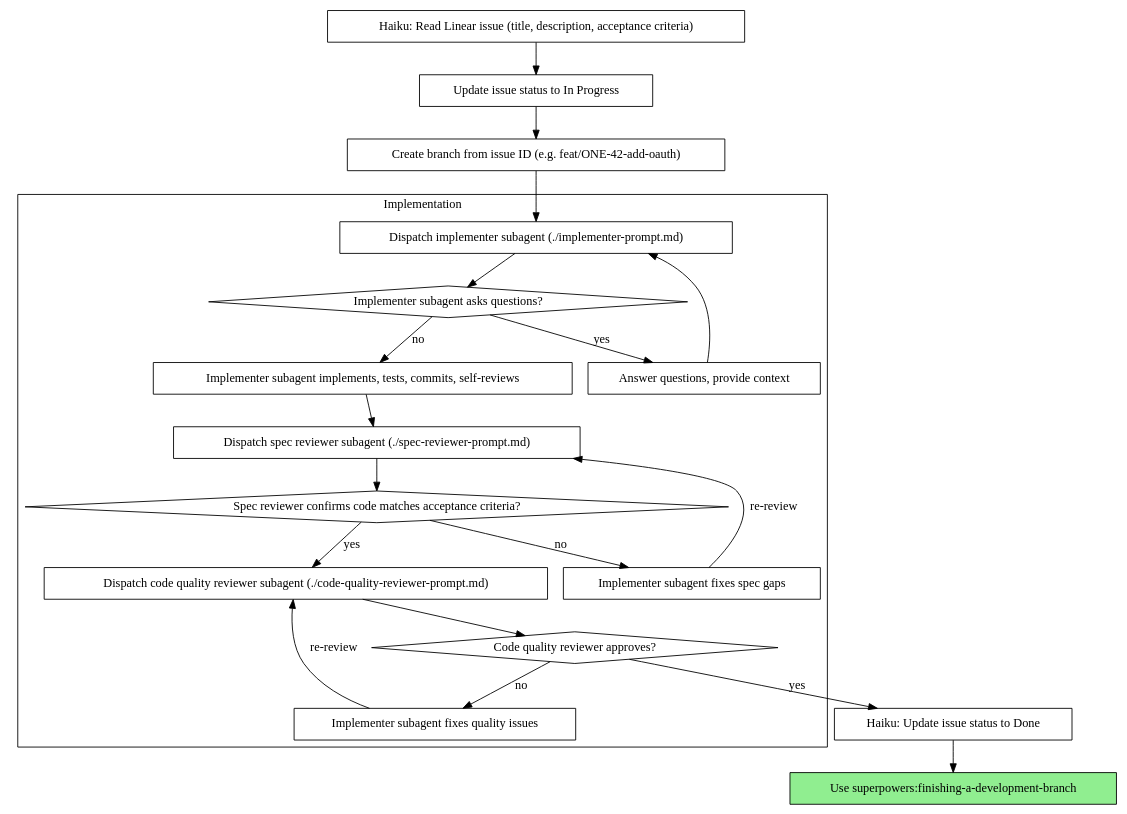
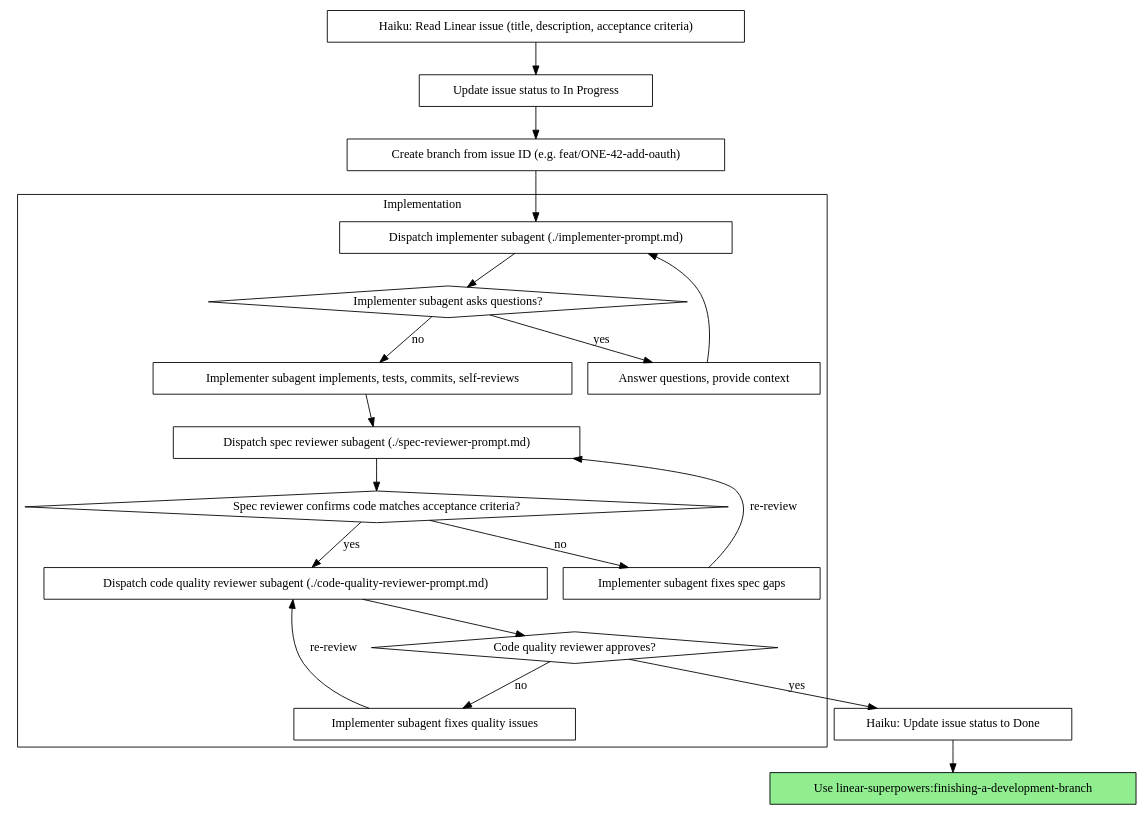
Before and after one commit to prokizzle/linear-superpowers: the second of 2 diagrams in skills/subagent-driven-development/SKILL.md, drawn with Graphviz. The commit also changed other lines of this file and 15 other files, not shown here.

First line of the commit message:
Scope all skill references to linear-superpowers namespace

````diff
--- a/skills/subagent-driven-development/SKILL.md
+++ b/skills/subagent-driven-development/SKILL.md
@@ -31,44 +31,44 @@
 ```dot
 digraph process {
     rankdir=TB;
 
     "Haiku: Read Linear issue (title, description, acceptance criteria)" [shape=box];
     "Update issue status to In Progress" [shape=box];
     "Create branch from issue ID (e.g. feat/ONE-42-add-oauth)" [shape=box];
 
     subgraph cluster_implementation {
         label="Implementation";
         "Dispatch implementer subagent (./implementer-prompt.md)" [shape=box];
         "Implementer subagent asks questions?" [shape=diamond];
         "Answer questions, provide context" [shape=box];
         "Implementer subagent implements, tests, commits, self-reviews" [shape=box];
         "Dispatch spec reviewer subagent (./spec-reviewer-prompt.md)" [shape=box];
         "Spec reviewer confirms code matches acceptance criteria?" [shape=diamond];
         "Implementer subagent fixes spec gaps" [shape=box];
         "Dispatch code quality reviewer subagent (./code-quality-reviewer-prompt.md)" [shape=box];
         "Code quality reviewer approves?" [shape=diamond];
         "Implementer subagent fixes quality issues" [shape=box];
     }
 
     "Haiku: Update issue status to Done" [shape=box];
-    "Use superpowers:finishing-a-development-branch" [shape=box style=filled fillcolor=lightgreen];
+    "Use linear-superpowers:finishing-a-development-branch" [shape=box style=filled fillcolor=lightgreen];
 
     "Haiku: Read Linear issue (title, description, acceptance criteria)" -> "Update issue status to In Progress";
     "Update issue status to In Progress" -> "Create branch from issue ID (e.g. feat/ONE-42-add-oauth)";
     "Create branch from issue ID (e.g. feat/ONE-42-add-oauth)" -> "Dispatch implementer subagent (./implementer-prompt.md)";
     "Dispatch implementer subagent (./implementer-prompt.md)" -> "Implementer subagent asks questions?";
     "Implementer subagent asks questions?" -> "Answer questions, provide context" [label="yes"];
     "Answer questions, provide context" -> "Dispatch implementer subagent (./implementer-prompt.md)";
     "Implementer subagent asks questions?" -> "Implementer subagent implements, tests, commits, self-reviews" [label="no"];
     "Implementer subagent implements, tests, commits, self-reviews" -> "Dispatch spec reviewer subagent (./spec-reviewer-prompt.md)";
     "Dispatch spec reviewer subagent (./spec-reviewer-prompt.md)" -> "Spec reviewer confirms code matches acceptance criteria?";
     "Spec reviewer confirms code matches acceptance criteria?" -> "Implementer subagent fixes spec gaps" [label="no"];
     "Implementer subagent fixes spec gaps" -> "Dispatch spec reviewer subagent (./spec-reviewer-prompt.md)" [label="re-review"];
     "Spec reviewer confirms code matches acceptance criteria?" -> "Dispatch code quality reviewer subagent (./code-quality-reviewer-prompt.md)" [label="yes"];
     "Dispatch code quality reviewer subagent (./code-quality-reviewer-prompt.md)" -> "Code quality reviewer approves?";
     "Code quality reviewer approves?" -> "Implementer subagent fixes quality issues" [label="no"];
     "Implementer subagent fixes quality issues" -> "Dispatch code quality reviewer subagent (./code-quality-reviewer-prompt.md)" [label="re-review"];
     "Code quality reviewer approves?" -> "Haiku: Update issue status to Done" [label="yes"];
-    "Haiku: Update issue status to Done" -> "Use superpowers:finishing-a-development-branch";
+    "Haiku: Update issue status to Done" -> "Use linear-superpowers:finishing-a-development-branch";
 }
 ```
````
